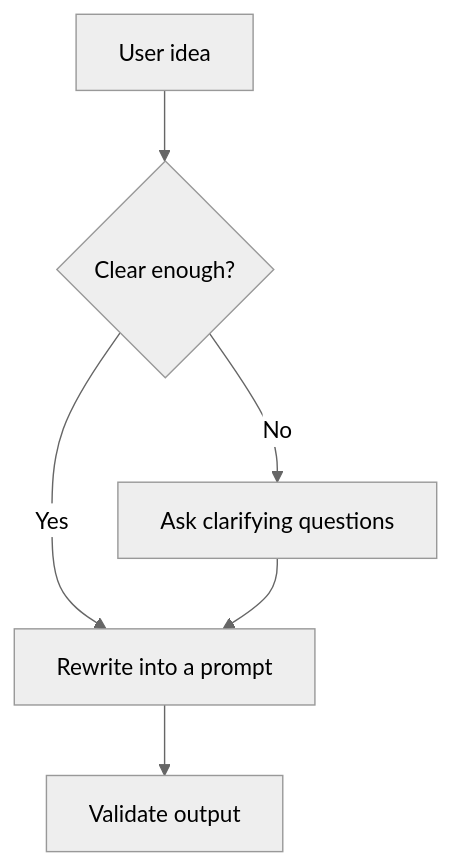
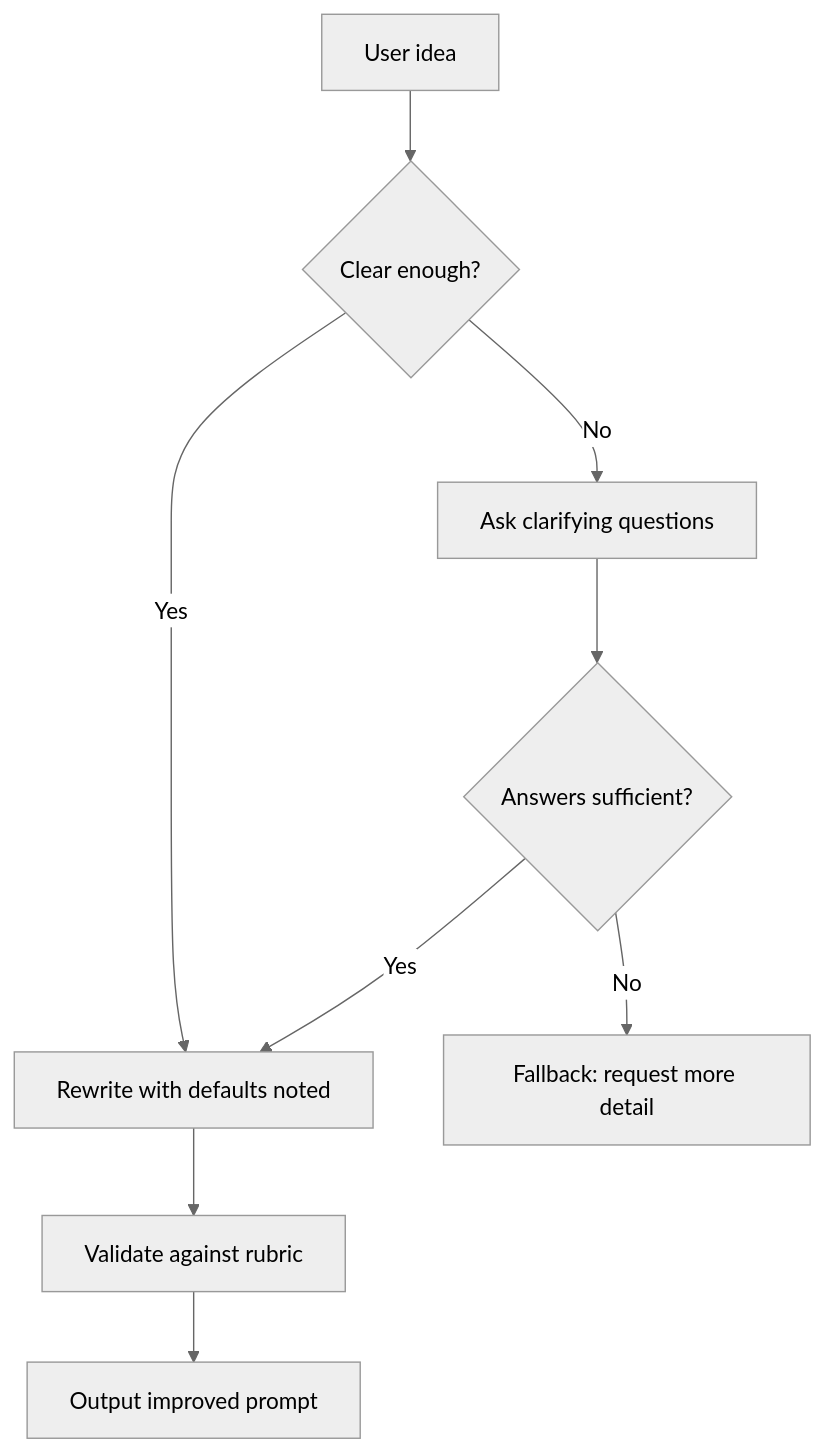
One commit to Asabeneh/30-Days-Of-AI-Engineering changed the third of 11 diagrams in day_07/day_07_mini_project_prompt_helper.md. Above: the diagram before and after it, drawn with Mermaid (neutral theme). The commit also changed other lines of this file and 49 other files, not shown here.

````diff
--- a/day_07/day_07_mini_project_prompt_helper.md
+++ b/day_07/day_07_mini_project_prompt_helper.md
@@ -131,8 +208,11 @@
 ```mermaid
 flowchart TD
     A[User idea] --> B{Clear enough?}
     B -->|No| C[Ask clarifying questions]
-    B -->|Yes| D[Rewrite into a prompt]
-    C --> D
-    D --> E[Validate output]
+    B -->|Yes| D[Rewrite with defaults noted]
+    C --> E{Answers sufficient?}
+    E -->|No| F[Fallback: request more detail]
+    E -->|Yes| D
+    D --> G[Validate against rubric]
+    G --> H[Output improved prompt]
 ```
````
